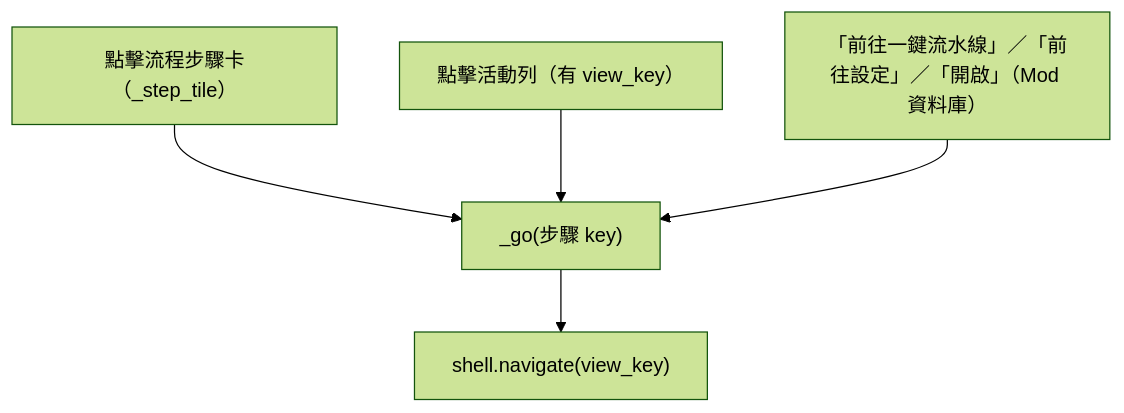
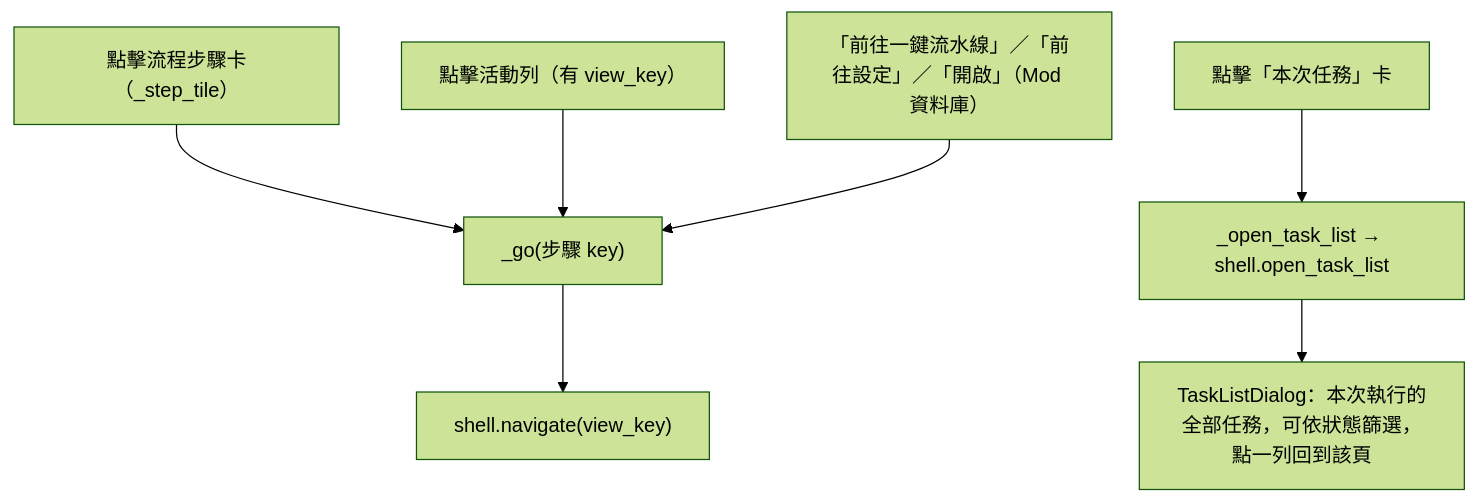
One commit to jlin53882/Minecraft-translate changed the fourth of 4 diagrams in docs/page_flows/dashboard.md. Above: the diagram before and after it, drawn with Mermaid (forest theme). The commit also changed other lines of this file and 251 other files, not shown here.

First line of the commit message:
perf: 85 萬筆 Mod 資料庫與 2000 模組的效能修正、圖示準確度、替換規則清理、預覽與執行 KPI 一致化 (#217)

````diff
--- a/docs/page_flows/dashboard.md
+++ b/docs/page_flows/dashboard.md
@@ -52,7 +52,9 @@
 ```mermaid
 flowchart TD
   K1["點擊流程步驟卡（_step_tile）"] --> N["_go(步驟 key)"]
   K2["點擊活動列（有 view_key）"] --> N
   K3["「前往一鍵流水線」／「前往設定」／「開啟」（Mod 資料庫）"] --> N
   N --> S["shell.navigate(view_key)"]
+  K4["點擊「本次任務」卡"] --> L["_open_task_list → shell.open_task_list"]
+  L --> M["TaskListDialog：本次執行的全部任務，可依狀態篩選，點一列回到該頁"]
 ```
````
